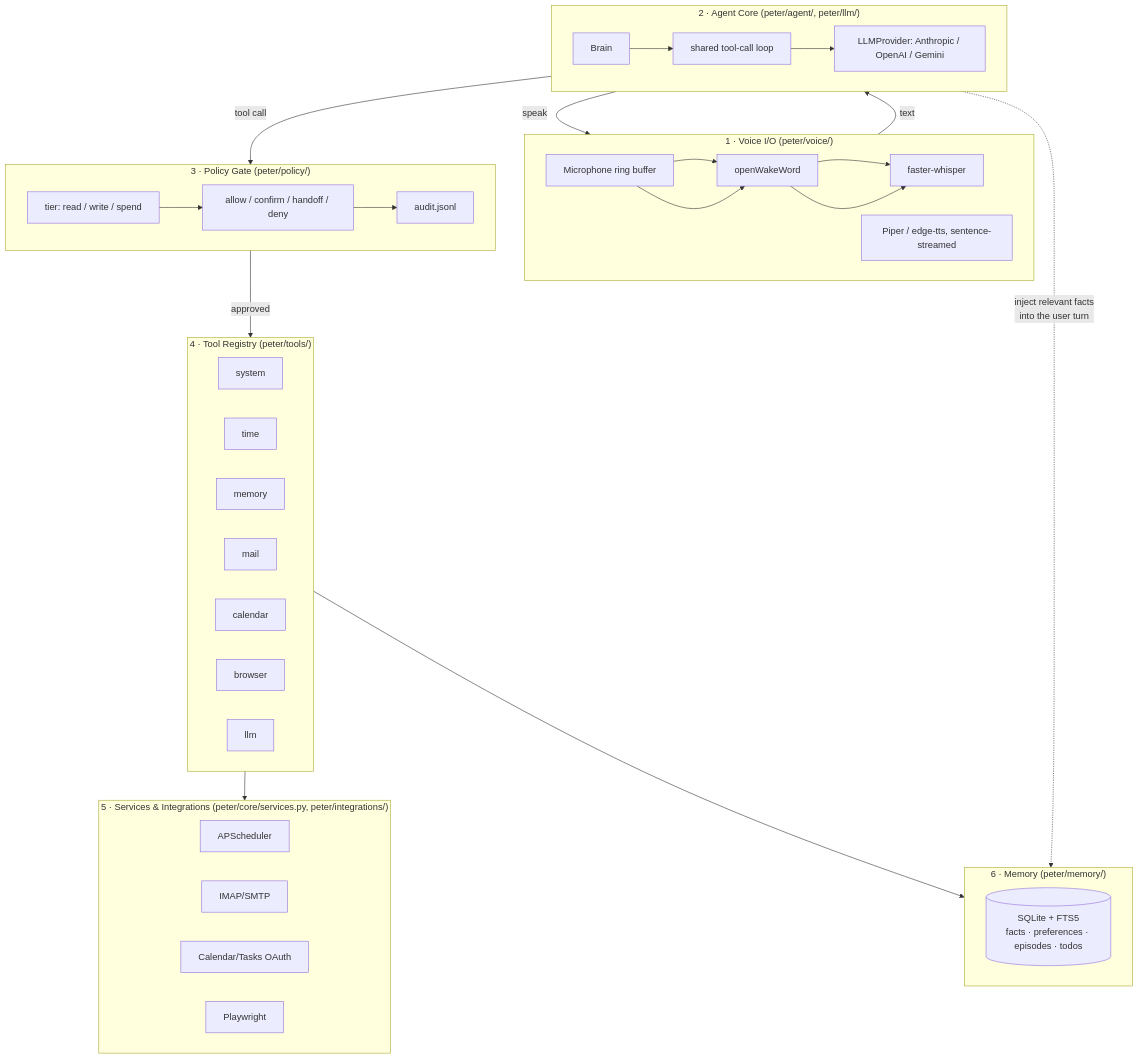
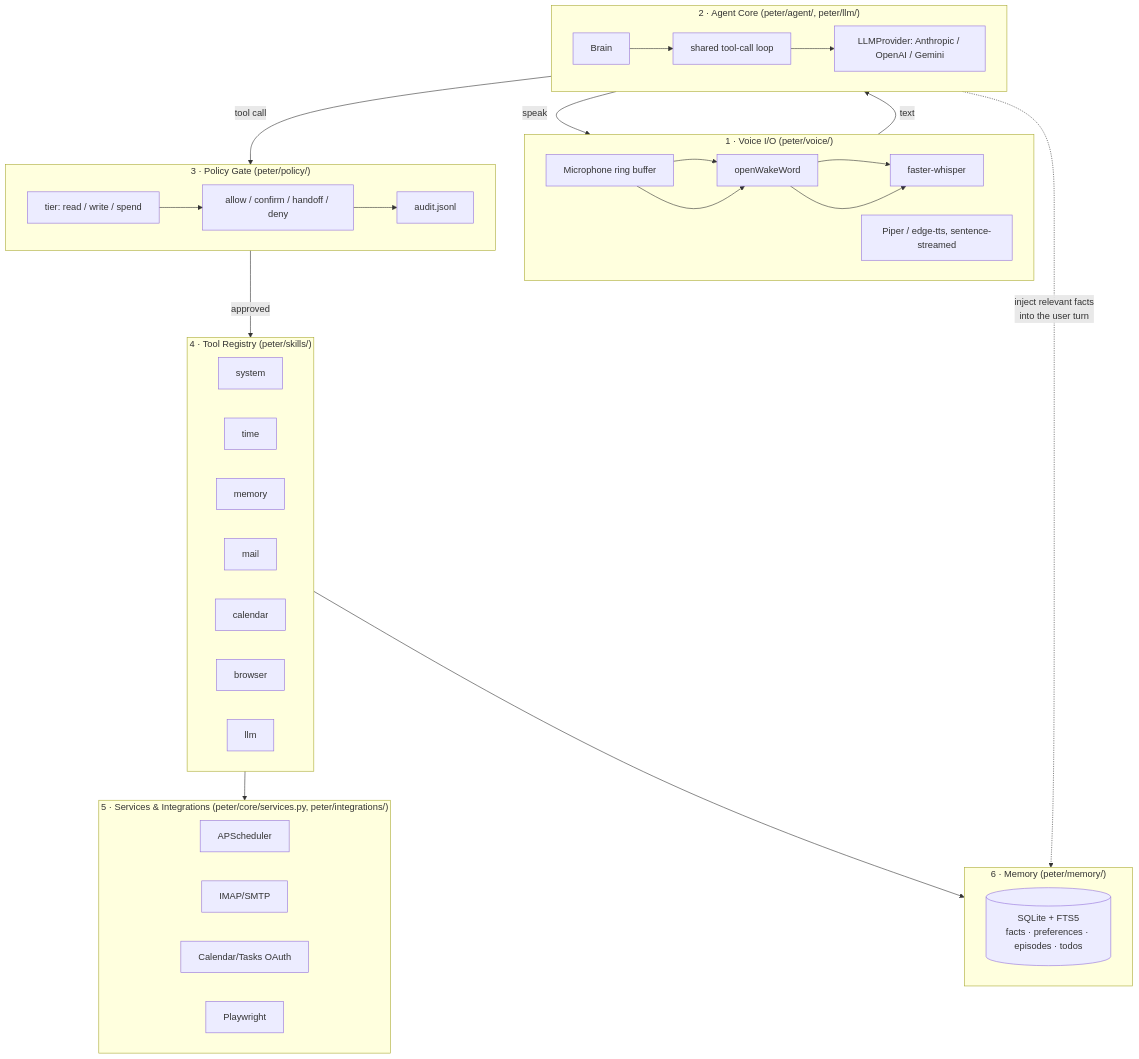
The second of 20 diagrams in peter_3.0/docs/ARCHITECTURE.md (Dhusnic/Peter-AI-Voice-Assistance), drawn with Mermaid before and after one commit. The commit also changed other lines of this file and 144 other files, not shown here.

````diff
--- a/peter_3.0/docs/ARCHITECTURE.md
+++ b/peter_3.0/docs/ARCHITECTURE.md
@@ -265,41 +265,41 @@
 ```mermaid
 flowchart TD
     subgraph Voice["1 · Voice I/O  (peter/voice/)"]
         direction LR
         Mic[Microphone ring buffer] --> Wake[openWakeWord] --> STT[faster-whisper] 
         TTS[Piper / edge-tts, sentence-streamed] 
     end
 
     subgraph Agent["2 · Agent Core  (peter/agent/, peter/llm/)"]
         direction LR
         Brain[Brain] --> Loop[shared tool-call loop] --> Provider[LLMProvider: Anthropic / OpenAI / Gemini]
     end
 
     subgraph Gate["3 · Policy Gate  (peter/policy/)"]
         direction LR
         Classify[tier: read / write / spend] --> Decide[allow / confirm / handoff / deny] --> Audit[audit.jsonl]
     end
 
-    subgraph Registry["4 · Tool Registry  (peter/tools/)"]
+    subgraph Registry["4 · Tool Registry  (peter/skills/)"]
         direction LR
         T1[system] & T2[time] & T3[memory] & T4[mail] & T5[calendar] & T6[browser] & T7[llm]
     end
 
     subgraph Services["5 · Services & Integrations  (peter/core/services.py, peter/integrations/)"]
         direction LR
         Sched[APScheduler] & Mail[IMAP/SMTP] & Google[Calendar/Tasks OAuth] & Browse[Playwright]
     end
 
     subgraph Memory["6 · Memory  (peter/memory/)"]
         direction LR
         DB[(SQLite + FTS5\nfacts · preferences · episodes · todos)]
     end
 
     Mic --> Wake --> STT -->|text| Brain
     Brain -->|speak| TTS
     Loop -->|tool call| Gate
     Gate -->|approved| Registry
     Registry --> Services
     Registry --> Memory
     Brain -.->|inject relevant facts\ninto the user turn| Memory
 ```
````
